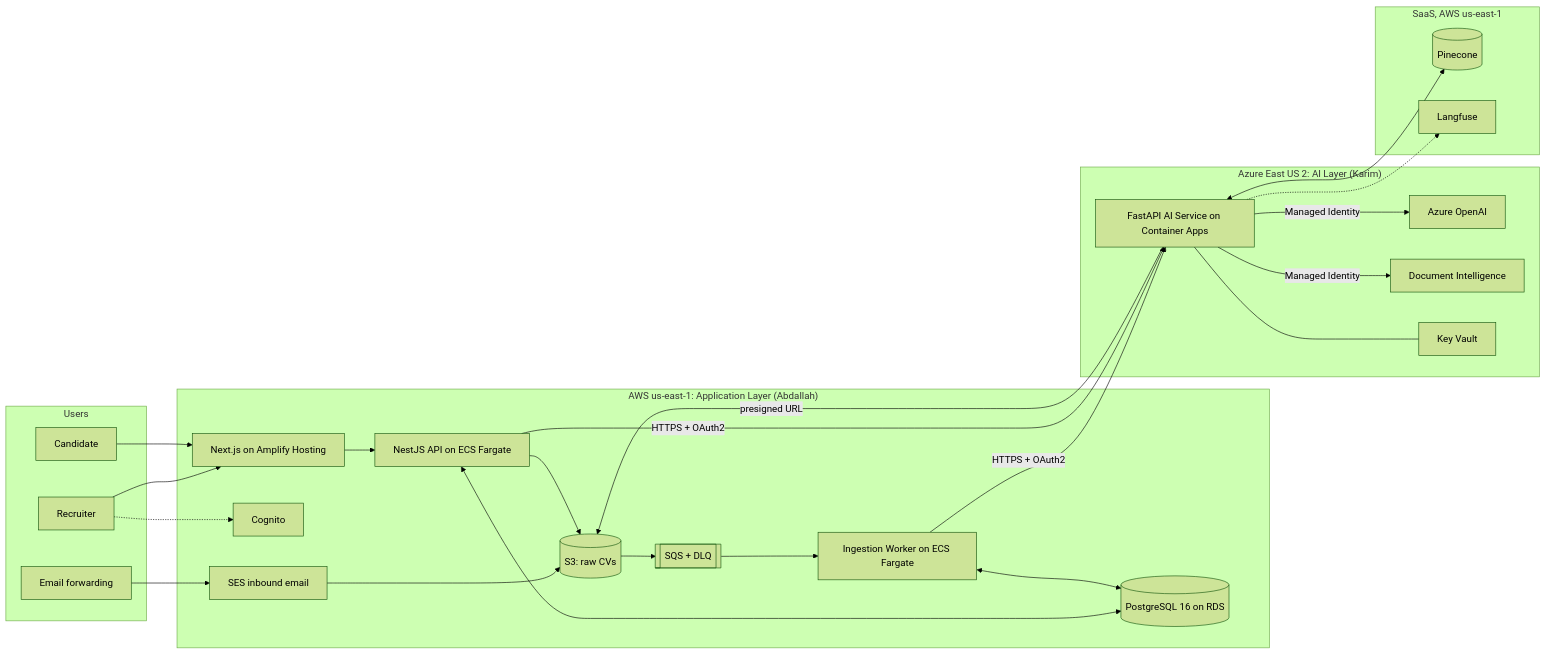
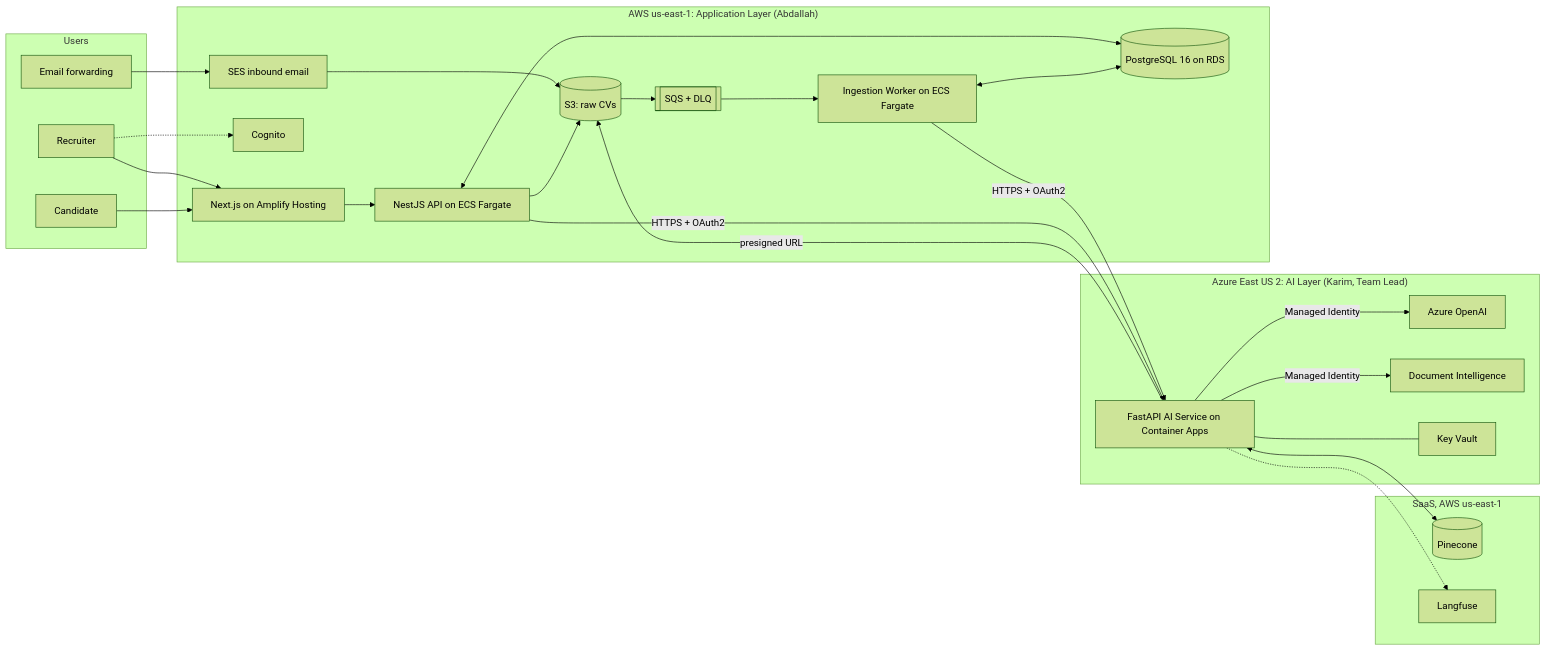
Before and after one commit to a-amin-gabr/ai-recruitment-platform: the first of 3 diagrams in docs/02-architecture-overview.md, drawn with Mermaid (forest theme). The commit also changed other lines of this file and 15 other files, not shown here.

Commit message:
docs: fix Mermaid diagrams and prioritize Karim as Team Lead for solo meeting

````diff
--- a/docs/02-architecture-overview.md
+++ b/docs/02-architecture-overview.md
@@ -5,48 +5,48 @@
 ```mermaid
 flowchart LR
     subgraph Users
         Rec["Recruiter"]
         Cand["Candidate"]
         Mail["Email forwarding"]
+    end
+
+    subgraph Azure["Azure East US 2: AI Layer (Karim, Team Lead)"]
+        AI["FastAPI AI Service on Container Apps"]
+        AOAI["Azure OpenAI"]
+        DI["Document Intelligence"]
+        KV["Key Vault"]
     end
 
     subgraph AWS["AWS us-east-1: Application Layer (Abdallah)"]
         Web["Next.js on Amplify Hosting"]
         Cognito["Cognito"]
         API["NestJS API on ECS Fargate"]
         Worker["Ingestion Worker on ECS Fargate"]
         S3[("S3: raw CVs")]
         SQS[["SQS + DLQ"]]
         RDS[("PostgreSQL 16 on RDS")]
         SES["SES inbound email"]
-    end
-
-    subgraph Azure["Azure East US 2: AI Layer (Karim)"]
-        AI["FastAPI AI Service on Container Apps"]
-        AOAI["Azure OpenAI"]
-        DI["Document Intelligence"]
-        KV["Key Vault"]
     end
 
     subgraph SaaS["SaaS, AWS us-east-1"]
         PC[("Pinecone")]
         LF["Langfuse"]
     end
 
     Rec --> Web --> API
     Cand --> Web
     Rec -.-> Cognito
     Mail --> SES --> S3
     API --> S3
     S3 --> SQS --> Worker
     API <--> RDS
     Worker <--> RDS
     Worker -->|"HTTPS + OAuth2"| AI
     API -->|"HTTPS + OAuth2"| AI
     AI -->|"Managed Identity"| AOAI
     AI -->|"Managed Identity"| DI
     AI -->|"presigned URL"| S3
     AI <--> PC
     AI -.-> LF
     AI --- KV
 ```
````
